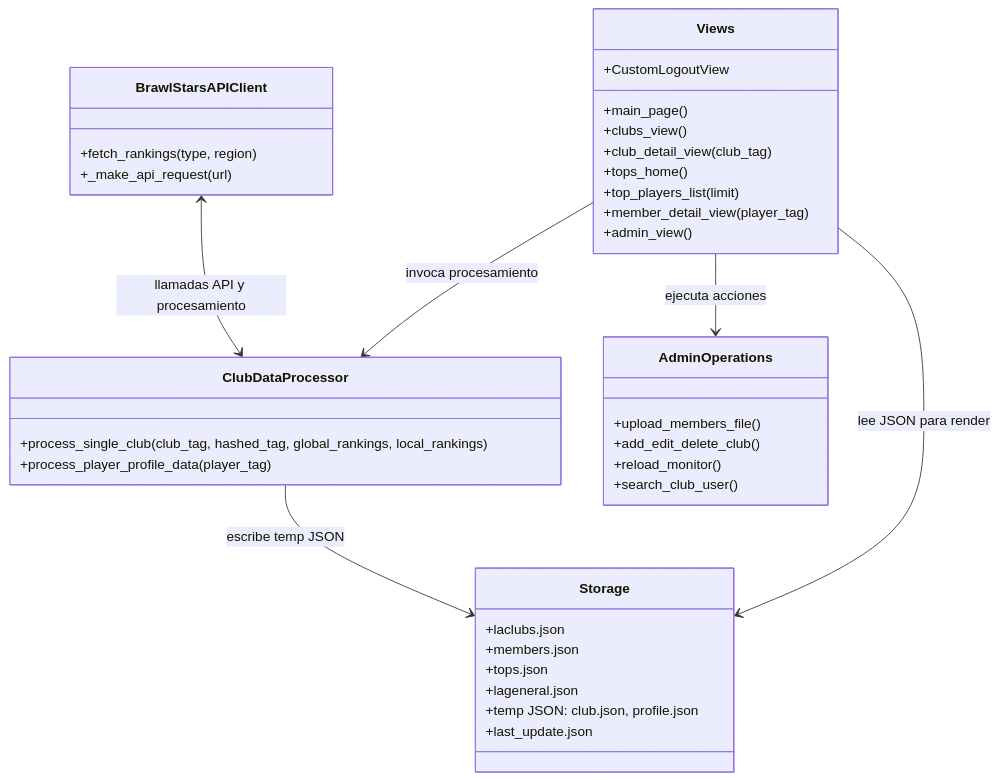
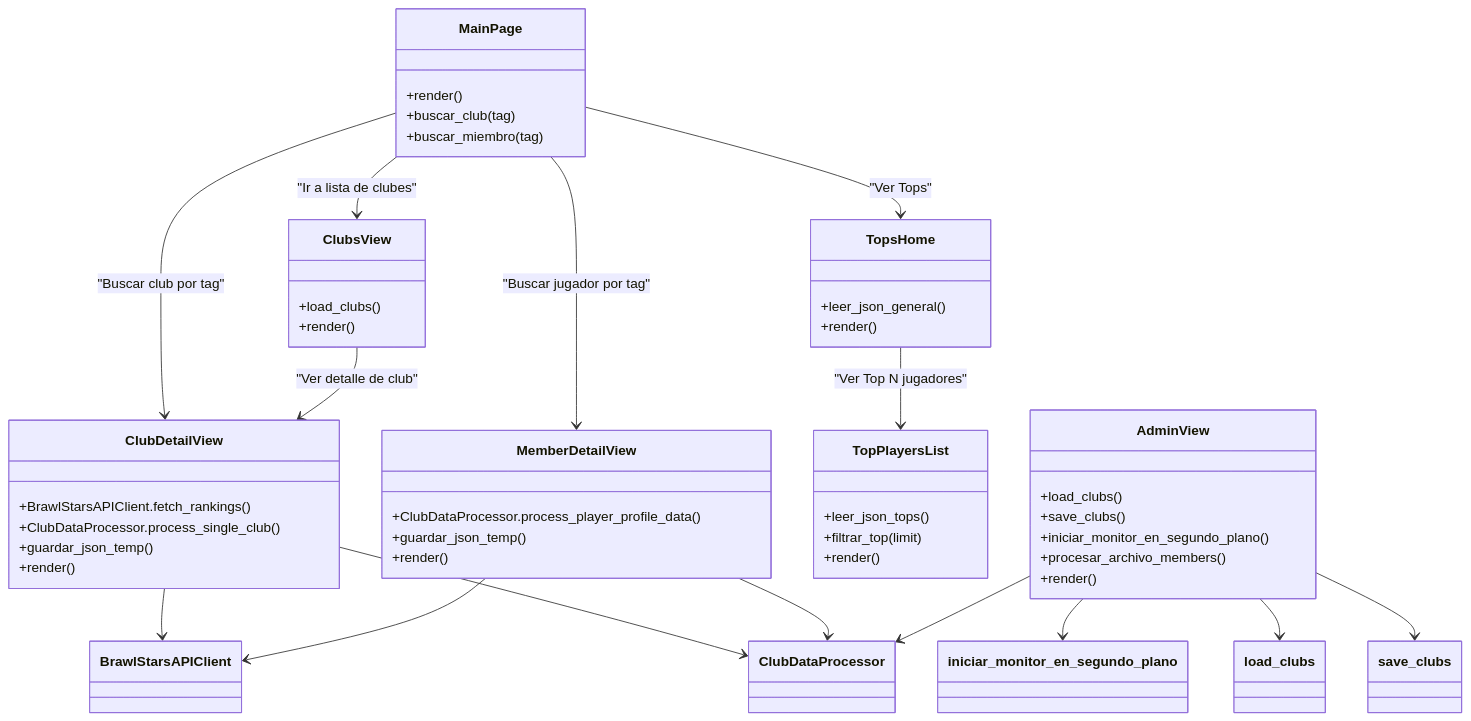
One commit to Vimen1803/WebLA-Django changed the diagram in README.md. Above: the diagram before and after it, drawn with Mermaid. The commit also changed other lines of this file, not shown here.

````diff
--- a/README.md
+++ b/README.md
@@ -105,46 +78,65 @@
 ```mermaid
 classDiagram
-    class BrawlStarsAPIClient {
-        +fetch_rankings(type, region)
-        +_make_api_request(url)
-    }
+class MainPage{
+  +render()
+  +buscar_club(tag)
+  +buscar_miembro(tag)
+}
 
-    class ClubDataProcessor {
-        +process_single_club(club_tag, hashed_tag, global_rankings, local_rankings)
-        +process_player_profile_data(player_tag)
-    }
+class ClubsView{
+  +load_clubs()
+  +render()
+}
 
-    class Views {
-        +main_page()
-        +clubs_view()
-        +club_detail_view(club_tag)
-        +tops_home()
-        +top_players_list(limit)
-        +member_detail_view(player_tag)
-        +admin_view()
-        +CustomLogoutView
-    }
+class ClubDetailView{
+  +BrawlStarsAPIClient.fetch_rankings()
+  +ClubDataProcessor.process_single_club()
+  +guardar_json_temp()
+  +render()
+}
 
-    class Storage {
-        +laclubs.json
-        +members.json
-        +tops.json
-        +lageneral.json
-        +temp JSON: club.json, profile.json
-        +last_update.json
-    }
+class MemberDetailView{
+  +ClubDataProcessor.process_player_profile_data()
+  +guardar_json_temp()
+  +render()
+}
 
-    class AdminOperations {
-        +upload_members_file()
-        +add_edit_delete_club()
-        +reload_monitor()
-        +search_club_user()
-    }
+class TopsHome{
+  +leer_json_general()
+  +render()
+}
 
-    %% Relaciones
-    BrawlStarsAPIClient <--> ClubDataProcessor : llamadas API y procesamiento
-    ClubDataProcessor --> Storage : escribe temp JSON
-    Views --> Storage : lee JSON para render
-    Views --> ClubDataProcessor : invoca procesamiento
-    Views --> AdminOperations : ejecuta acciones
+class TopPlayersList{
+  +leer_json_tops()
+  +filtrar_top(limit)
+  +render()
+}
+
+class AdminView{
+  +load_clubs()
+  +save_clubs()
+  +iniciar_monitor_en_segundo_plano()
+  +procesar_archivo_members()
+  +render()
+}
+
+MainPage --> ClubsView : "Ir a lista de clubes"
+MainPage --> ClubDetailView : "Buscar club por tag"
+MainPage --> MemberDetailView : "Buscar jugador por tag"
+MainPage --> TopsHome : "Ver Tops"
+
+TopsHome --> TopPlayersList : "Ver Top N jugadores"
+
+ClubsView --> ClubDetailView : "Ver detalle de club"
+
+ClubDetailView --> BrawlStarsAPIClient
+ClubDetailView --> ClubDataProcessor
+
+MemberDetailView --> BrawlStarsAPIClient
+MemberDetailView --> ClubDataProcessor
+
+AdminView --> ClubDataProcessor
+AdminView --> iniciar_monitor_en_segundo_plano
+AdminView --> load_clubs
+AdminView --> save_clubs
 ```
````
